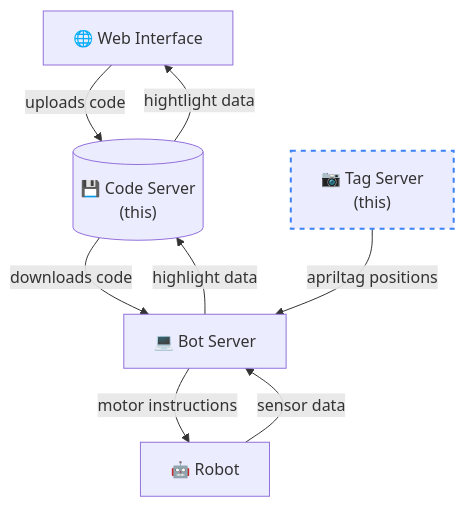
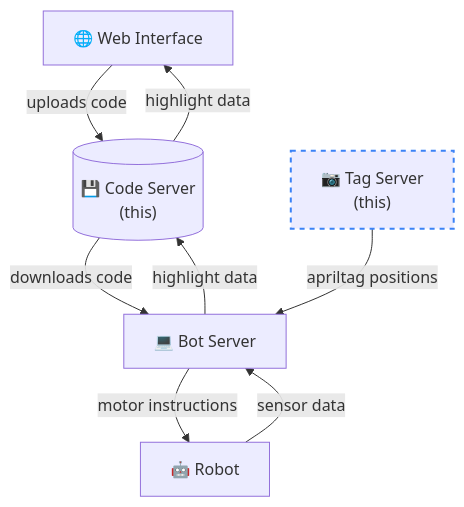
The diagram in readme.md (AutoSumo/tag-server), drawn with Mermaid before and after one commit.

Commit message:
fix readme typo (hightlight -> highlight)

````diff
--- a/readme.md
+++ b/readme.md
@@ -5,17 +5,17 @@
 ```mermaid
 flowchart TD
     web["🌐 Web Interface"] -->|uploads code| code-server[("💾 Code Server\n(this)")]
-    code-server -->|hightlight data| web
+    code-server -->|highlight data| web
     code-server -->|downloads code| bot-server["💻 Bot Server"]
     bot-server -->|highlight data| code-server
     bot-server -->|motor instructions| robot["🤖 Robot"]
     robot -->|sensor data| bot-server
     tag-server["📷 Tag Server\n(this)"] -->|apriltag positions| bot-server
     
     style tag-server stroke-width:2px,stroke-dasharray: 5 5,stroke:#3b82f6
     
     click web "https://github.com/AutoSumo/web"
     click code-server "https://github.com/AutoSumo/code-server"
     click bot-server "https://github.com/AutoSumo/server"
     click robot "https://github.com/AutoSumo/robot"
 ```
````
